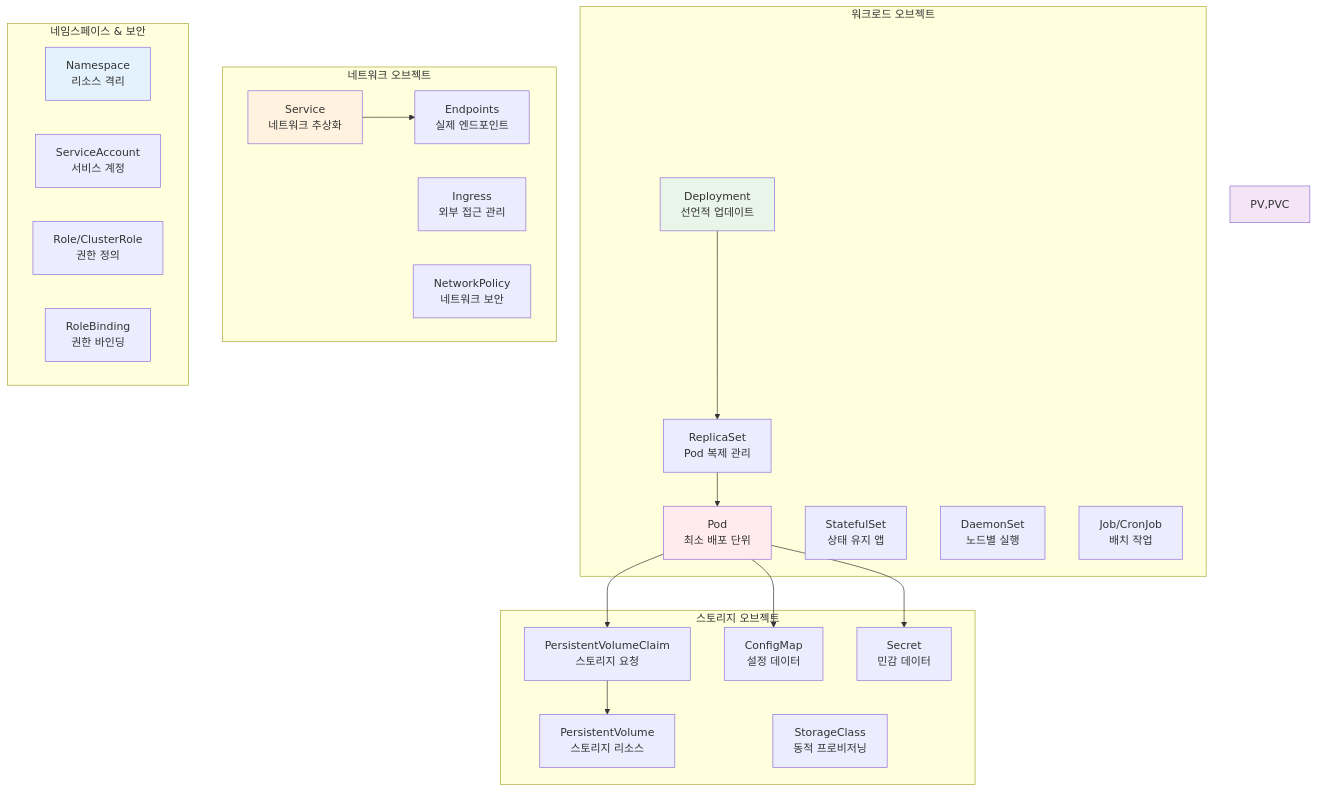
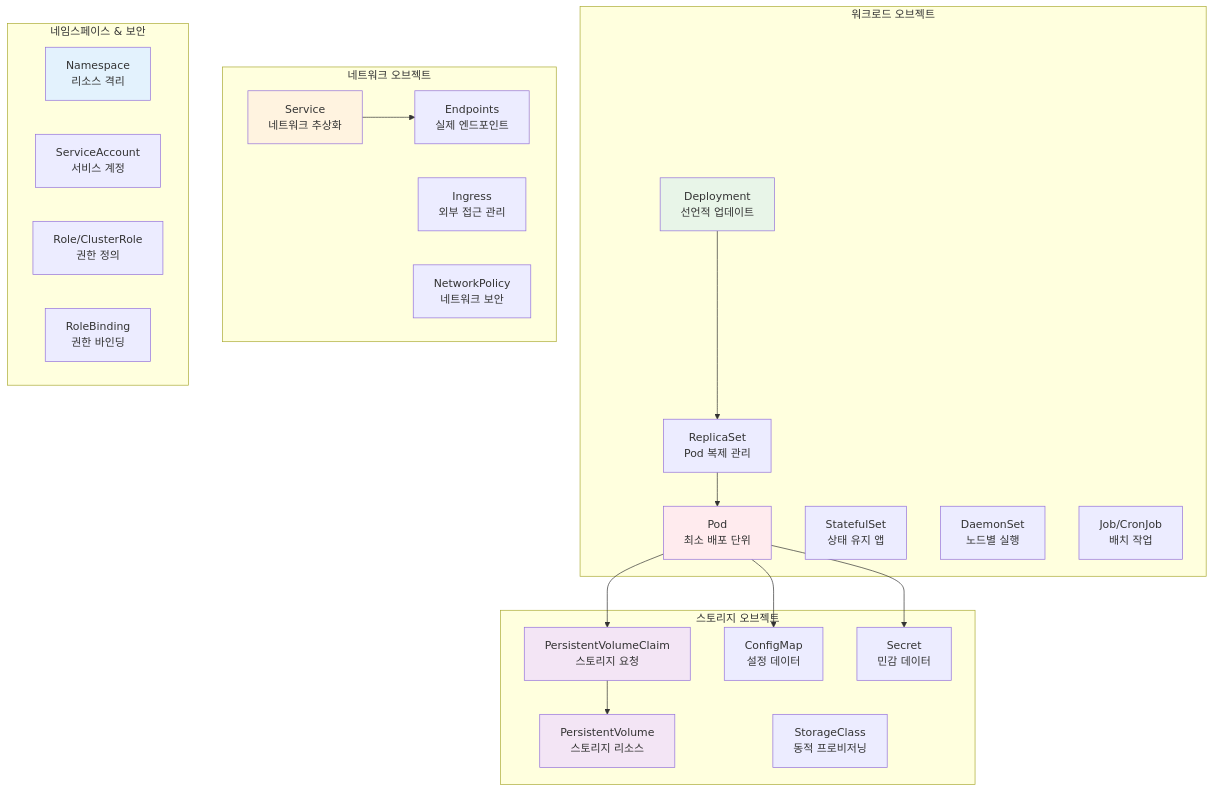
The third of 5 diagrams in theory/week_02/day4/session_2.md (niceguy61/kdt_devops_lecture_2025), drawn with Mermaid before and after one commit. The commit also changed other lines of this file and 63 other files, not shown here.

````diff
--- a/theory/week_02/day4/session_2.md
+++ b/theory/week_02/day4/session_2.md
@@ -146,47 +150,48 @@
 ```mermaid
 graph TB
     subgraph "워크로드 오브젝트"
         POD[Pod<br/>최소 배포 단위]
         RS[ReplicaSet<br/>Pod 복제 관리]
         DEPLOY[Deployment<br/>선언적 업데이트]
         STS[StatefulSet<br/>상태 유지 앱]
         DS[DaemonSet<br/>노드별 실행]
         JOB[Job/CronJob<br/>배치 작업]
     end
     
     subgraph "네트워크 오브젝트"
         SVC[Service<br/>네트워크 추상화]
         EP[Endpoints<br/>실제 엔드포인트]
         ING[Ingress<br/>외부 접근 관리]
         NP[NetworkPolicy<br/>네트워크 보안]
     end
     
     subgraph "스토리지 오브젝트"
         PV[PersistentVolume<br/>스토리지 리소스]
         PVC[PersistentVolumeClaim<br/>스토리지 요청]
         SC[StorageClass<br/>동적 프로비저닝]
         CM[ConfigMap<br/>설정 데이터]
         SECRET[Secret<br/>민감 데이터]
     end
     
     subgraph "네임스페이스 & 보안"
         NS[Namespace<br/>리소스 격리]
         SA[ServiceAccount<br/>서비스 계정]
         ROLE[Role/ClusterRole<br/>권한 정의]
         RB[RoleBinding<br/>권한 바인딩]
     end
     
     DEPLOY --> RS
     RS --> POD
     SVC --> EP
     POD --> PVC
     PVC --> PV
     POD --> CM
     POD --> SECRET
     
     style POD fill:#ffebee
     style DEPLOY fill:#e8f5e8
     style SVC fill:#fff3e0
-    style PV,PVC fill:#f3e5f5
+    style PV fill:#f3e5f5
+    style PVC fill:#f3e5f5
     style NS fill:#e3f2fd
 ```
````
